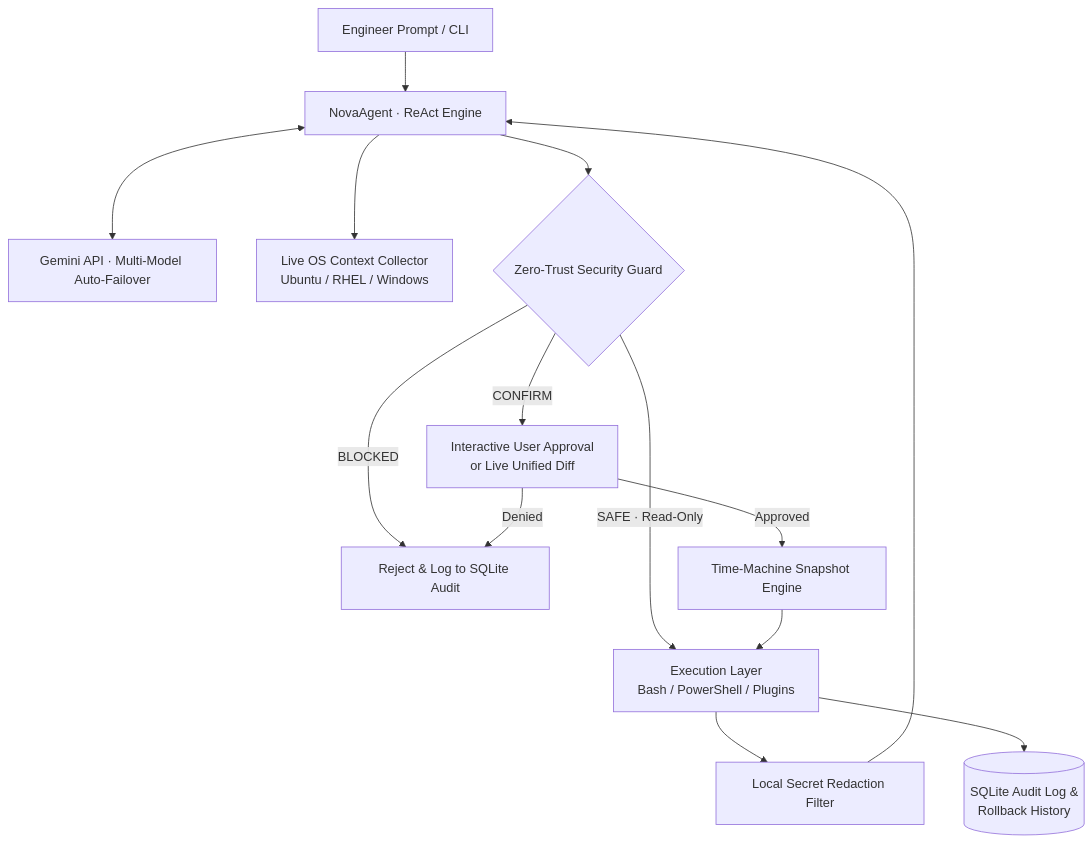
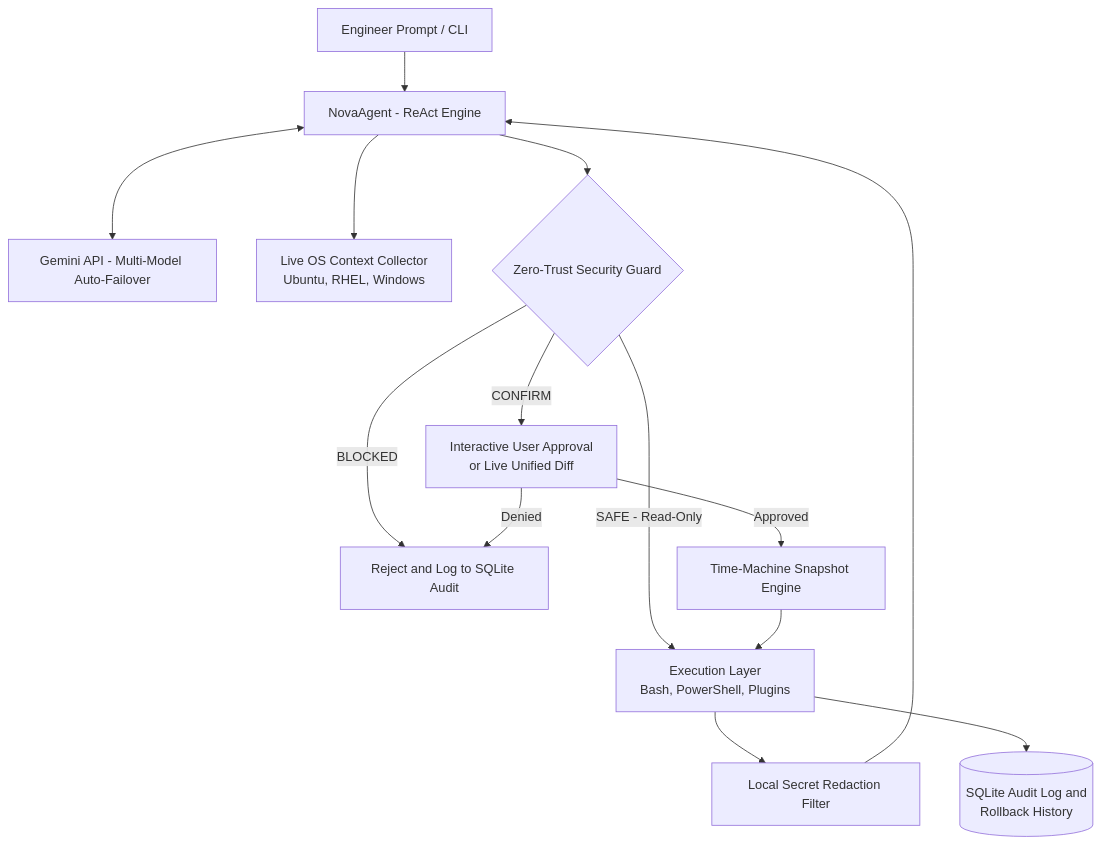
Before and after one commit to hanyMamdouh22/novashell: the diagram in README.md, drawn with Mermaid.

Commit message:
docs: fix Mermaid diagram quoting for reliable GitHub rendering

````diff
--- a/README.md
+++ b/README.md
@@ -65,19 +65,19 @@
 ```mermaid
 flowchart TD
-    U[Engineer Prompt / CLI] --> A[NovaAgent · ReAct Engine]
-    A <--> M[Gemini API · Multi-Model Auto-Failover]
-    A --> C[Live OS Context Collector<br/>Ubuntu / RHEL / Windows]
-    A --> G{Zero-Trust Security Guard}
+    U["Engineer Prompt / CLI"] --> A["NovaAgent - ReAct Engine"]
+    A <--> M["Gemini API - Multi-Model Auto-Failover"]
+    A --> C["Live OS Context Collector<br/>Ubuntu, RHEL, Windows"]
+    A --> G{"Zero-Trust Security Guard"}
 
-    G -->|BLOCKED| B[Reject & Log to SQLite Audit]
-    G -->|SAFE · Read-Only| E[Execution Layer<br/>Bash / PowerShell / Plugins]
-    G -->|CONFIRM| P[Interactive User Approval<br/>or Live Unified Diff]
+    G -->|"BLOCKED"| B["Reject and Log to SQLite Audit"]
+    G -->|"SAFE - Read-Only"| E["Execution Layer<br/>Bash, PowerShell, Plugins"]
+    G -->|"CONFIRM"| P["Interactive User Approval<br/>or Live Unified Diff"]
 
-    P -->|Approved| T[Time-Machine Snapshot Engine]
-    P -->|Denied| B
+    P -->|"Approved"| T["Time-Machine Snapshot Engine"]
+    P -->|"Denied"| B
     T --> E
 
-    E --> R[Local Secret Redaction Filter]
+    E --> R["Local Secret Redaction Filter"]
     R --> A
-    E --> DB[(SQLite Audit Log &<br/>Rollback History)]
+    E --> DB[("SQLite Audit Log and<br/>Rollback History")]
 ```
````
